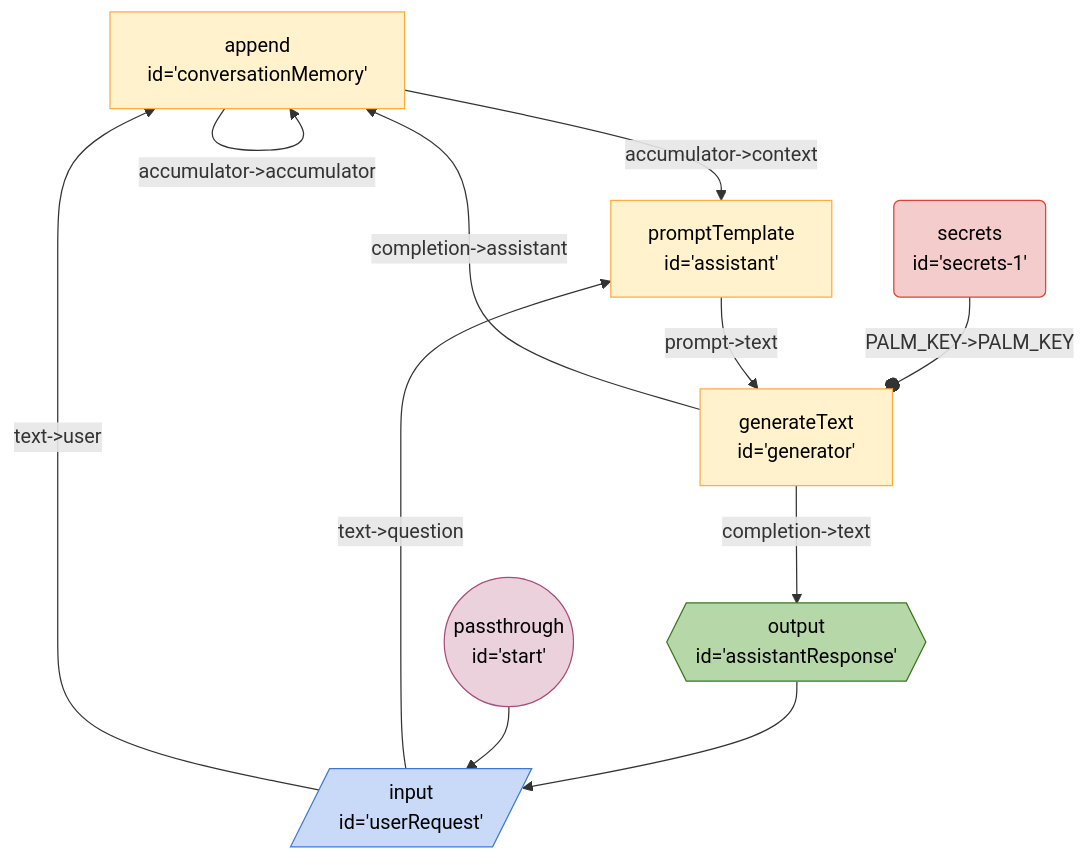
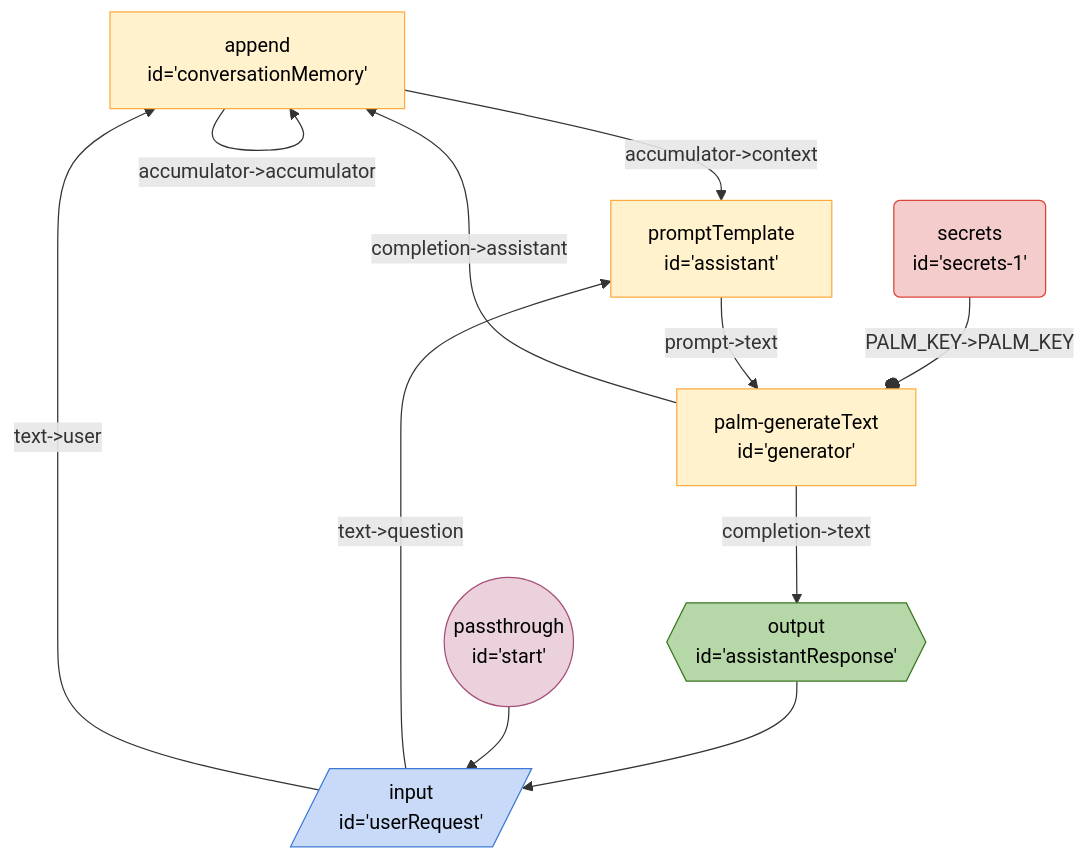
One commit to breadboard-ai/breadboard changed the diagram in seeds/graph-playground/docs/graphs/accumulating-context.md. Above: the diagram before and after it, drawn with Mermaid. The commit also changed 55 other files, not shown here.

````diff
--- a/seeds/graph-playground/docs/graphs/accumulating-context.md
+++ b/seeds/graph-playground/docs/graphs/accumulating-context.md
@@ -5,22 +5,22 @@
   ```mermaid
   %%{init: 'themeVariables': { 'fontFamily': 'Fira Code, monospace' }}%%
 graph TD;
 conversationMemory["append <br> id='conversationMemory'"] -- "accumulator->accumulator" --> conversationMemory["append <br> id='conversationMemory'"]
-secrets1("secrets <br> id='secrets-1'"):::secrets -- "PALM_KEY->PALM_KEY" --o generator["generateText <br> id='generator'"]
+secrets1("secrets <br> id='secrets-1'"):::secrets -- "PALM_KEY->PALM_KEY" --o generator["palm-generateText <br> id='generator'"]
 conversationMemory["append <br> id='conversationMemory'"] -- "accumulator->context" --> assistant["promptTemplate <br> id='assistant'"]
-generator["generateText <br> id='generator'"] -- "completion->assistant" --> conversationMemory["append <br> id='conversationMemory'"]
+generator["palm-generateText <br> id='generator'"] -- "completion->assistant" --> conversationMemory["append <br> id='conversationMemory'"]
 assistantResponse{{"output <br> id='assistantResponse'"}}:::output --> userRequest[/"input <br> id='userRequest'"/]:::input
-generator["generateText <br> id='generator'"] -- "completion->text" --> assistantResponse{{"output <br> id='assistantResponse'"}}:::output
-assistant["promptTemplate <br> id='assistant'"] -- "prompt->text" --> generator["generateText <br> id='generator'"]
+generator["palm-generateText <br> id='generator'"] -- "completion->text" --> assistantResponse{{"output <br> id='assistantResponse'"}}:::output
+assistant["promptTemplate <br> id='assistant'"] -- "prompt->text" --> generator["palm-generateText <br> id='generator'"]
 userRequest[/"input <br> id='userRequest'"/]:::input -- "text->question" --> assistant["promptTemplate <br> id='assistant'"]
 userRequest[/"input <br> id='userRequest'"/]:::input -- "text->user" --> conversationMemory["append <br> id='conversationMemory'"]
 start(("passthrough <br> id='start'")):::passthrough --> userRequest[/"input <br> id='userRequest'"/]:::input
 classDef default stroke:#ffab40,fill:#fff2ccff,color:#000
 classDef input stroke:#3c78d8,fill:#c9daf8ff,color:#000
 classDef output stroke:#38761d,fill:#b6d7a8ff,color:#000
 classDef passthrough stroke:#a64d79,fill:#ead1dcff,color:#000
 classDef slot stroke:#a64d79,fill:#ead1dcff,color:#000
 classDef config stroke:#a64d79,fill:#ead1dcff,color:#000
 classDef secrets stroke:#db4437,fill:#f4cccc,color:#000
 classDef slotted stroke:#a64d79
   ```
````
